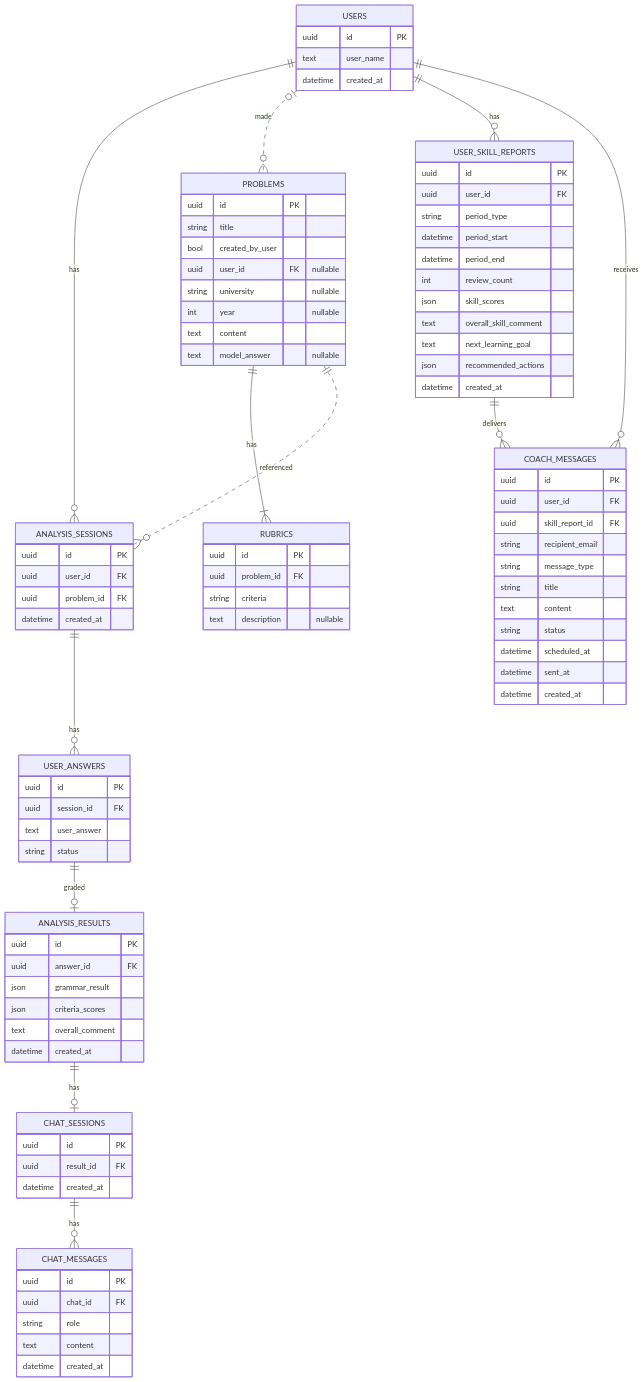
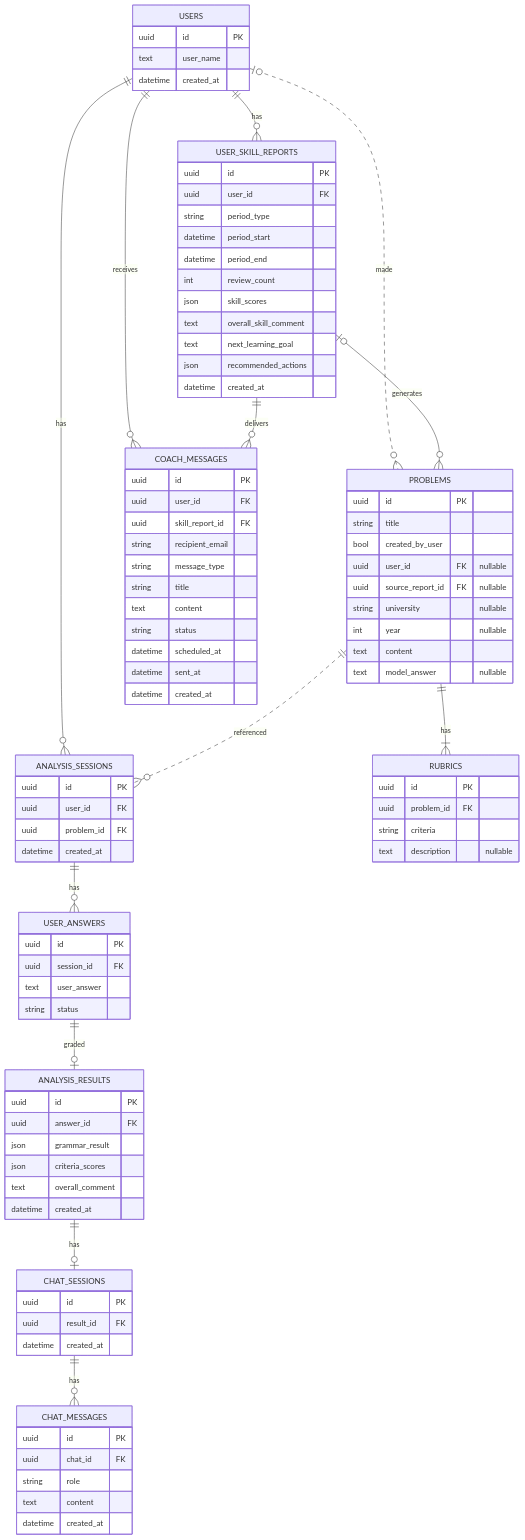
Before and after one commit to bookyoulove/paragraphy: the diagram in 설계문서/ERD.md, drawn with Mermaid. The commit also changed 12 other files, not shown here.

```diff
--- a/설계문서/ERD.md
+++ b/설계문서/ERD.md
@@ -5,6 +5,7 @@
     USERS ||--o{ USER_SKILL_REPORTS : has
     USERS ||--o{ COACH_MESSAGES : receives
     PROBLEMS ||--|{ RUBRICS : has
+    USER_SKILL_REPORTS o|--o{ PROBLEMS : generates
     ANALYSIS_SESSIONS ||--o{ USER_ANSWERS : has
     USER_ANSWERS ||--o| ANALYSIS_RESULTS : graded
     USER_SKILL_REPORTS ||--o{ COACH_MESSAGES : delivers
@@ -23,6 +24,7 @@
         string title
         bool created_by_user
         uuid user_id FK "nullable"
+        uuid source_report_id FK "nullable"
         string university "nullable"
         int year "nullable"
         text content
```
